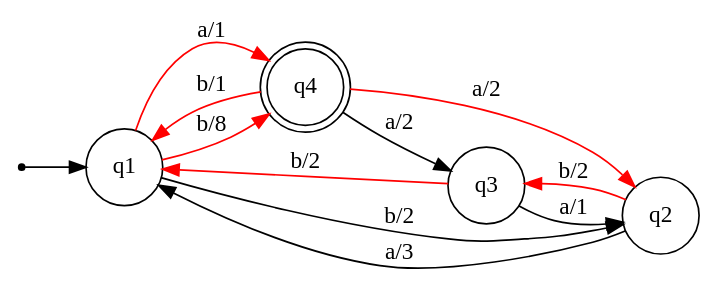
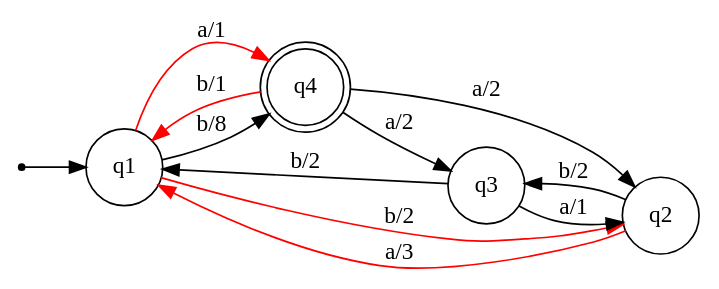
Before and after one commit to zenAndroid/oracle-extract: the diagram in input.dot, drawn with Graphviz. The commit also changed 8 other files, not shown here.

```diff
--- a/input.dot
+++ b/input.dot
@@ -1,17 +1,17 @@
 digraph Automaton {
     node [shape=point] INIT;
     q4 [shape="doublecircle"];
     node [shape=circle];
     rankdir = LR;
     INIT -> q1;
-    q1 -> q2 [label="b/2"];
-    q1 -> q4 [label="b/8", color=red];
+    q1 -> q2 [label="b/2", color=red];
+    q1 -> q4 [label="b/8"];
     q1 -> q4 [label="a/1", color=red];
-    q2 -> q1 [label="a/3"];
-    q2 -> q3 [label="b/2", color=red];
+    q2 -> q1 [label="a/3", color=red];
+    q2 -> q3 [label="b/2"];
     q3 -> q2 [label="a/1"];
-    q3 -> q1 [label="b/2", color=red];
+    q3 -> q1 [label="b/2"];
     q4 -> q1 [label="b/1", color=red];
     q4 -> q3 [label="a/2"];
-    q4 -> q2 [label="a/2", color=red];
+    q4 -> q2 [label="a/2"];
 }
```
